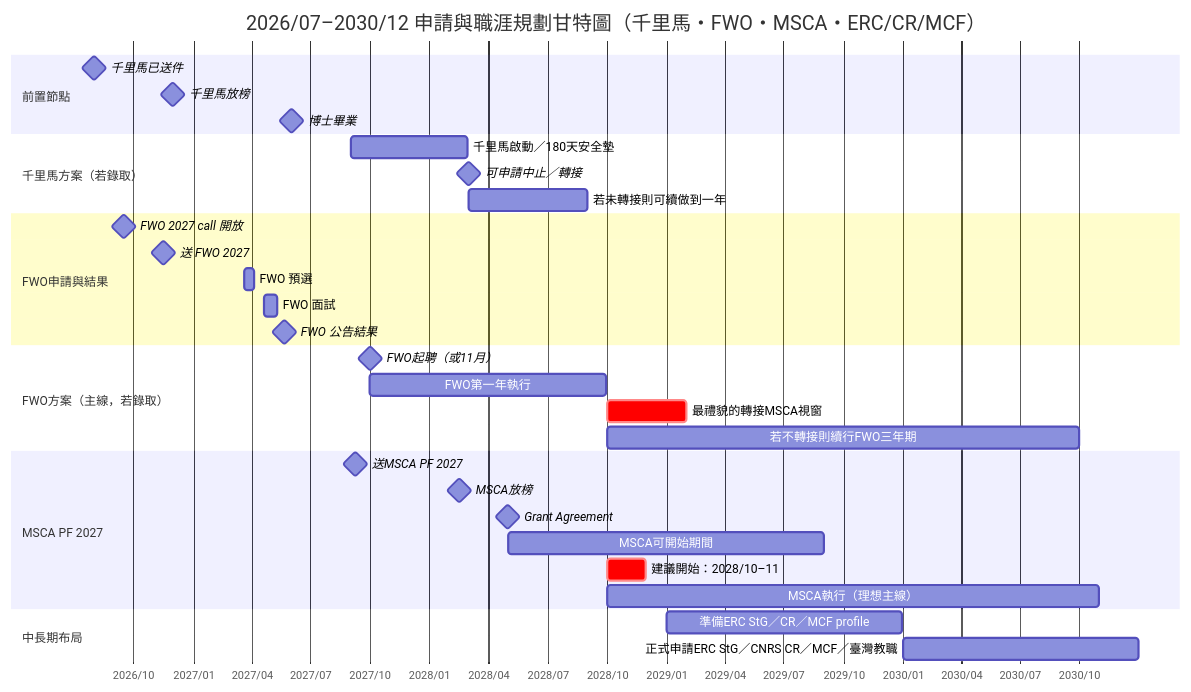
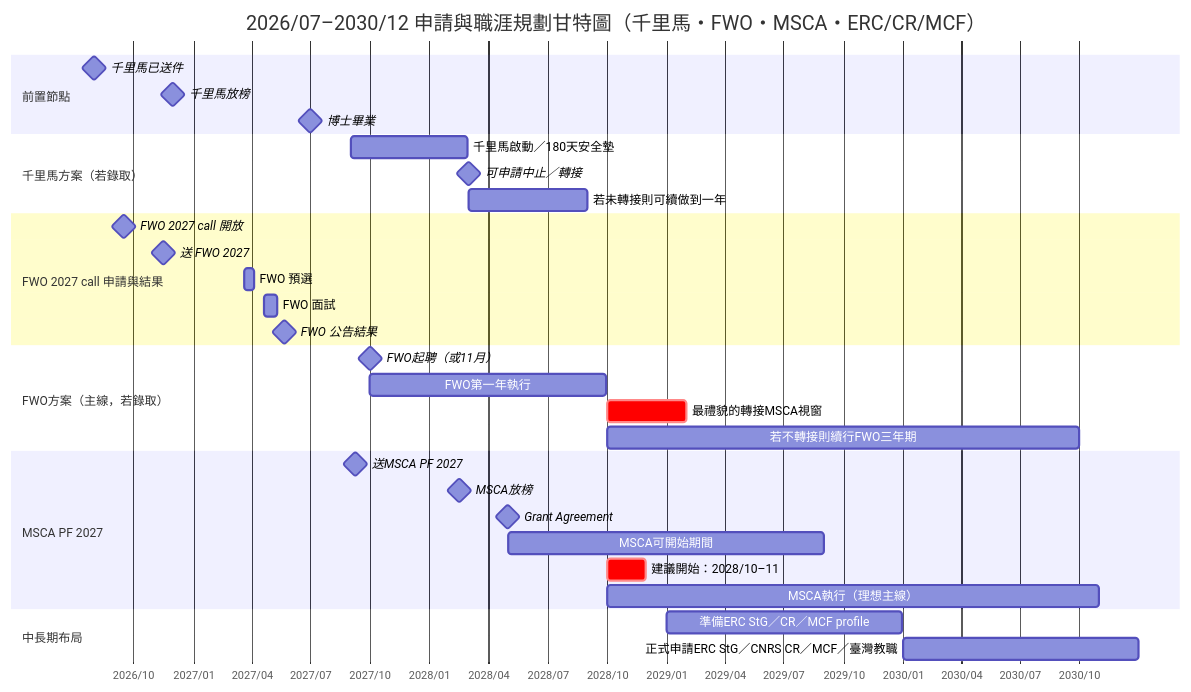
One commit to Taoyi-Chiang/postdoc changed the diagram in README.md. Above: the diagram before and after it, drawn with Mermaid.

````diff
--- a/README.md
+++ b/README.md
@@ -1,41 +1,41 @@
 ```mermaid
 gantt
     title 2026/07–2030/12 申請與職涯規劃甘特圖（千里馬・FWO・MSCA・ERC/CR/MCF）
     dateFormat  YYYY-MM-DD
     axisFormat  %Y/%m
 
     section 前置節點
     千里馬已送件                    :milestone, ksp_submit, 2026-07-31, 1d
     千里馬放榜                      :milestone, ksp_result, 2026-11-30, 1d
-    博士畢業                        :milestone, phd, 2027-06-1, 1d
+    博士畢業                        :milestone, phd, 2027-06-30, 1d
 
     section 千里馬方案（若錄取）
     千里馬啟動／180天安全墊          :ksp_180, 2027-09-01, 2028-02-28
     可申請中止／轉接                :milestone, ksp_stop, 2028-03-01, 1d
     若未轉接則可續做到一年           :ksp_1y, 2028-03-01, 2028-08-31
 
-    section FWO申請與結果
+    section FWO 2027 call 申請與結果
     FWO 2027 call 開放              :milestone, fwo_call_open, 2026-09-15, 1d
     送 FWO 2027                     :milestone, fwo_submit, 2026-11-15, 1d
     FWO 預選                        :fwo_preselect, 2027-03-20, 2027-04-05
     FWO 面試                        :fwo_interview, 2027-04-20, 2027-05-10
     FWO 公告結果                    :milestone, fwo_result, 2027-05-21, 1d
 
     section FWO方案（主線，若錄取）
     FWO起聘（或11月）                :milestone, fwo_start, 2027-10-01, 1d
     FWO第一年執行                   :fwo_y1, 2027-10-01, 2028-09-30
     最禮貌的轉接MSCA視窗             :crit, fwo_transition, 2028-10-01, 2029-01-31
     若不轉接則續行FWO三年期          :fwo_full, 2028-10-01, 2030-09-30
 
     section MSCA PF 2027
     送MSCA PF 2027                  :milestone, msca_submit, 2027-09-08, 1d
     MSCA放榜                        :milestone, msca_result, 2028-02-15, 1d
     Grant Agreement                 :milestone, msca_ga, 2028-04-30, 1d
     MSCA可開始期間                  :msca_start_window, 2028-05-01, 2029-09-01
     建議開始：2028/10–11            :crit, msca_best_start, 2028-10-01, 2028-11-30
     MSCA執行（理想主線）             :msca_run, 2028-10-01, 2030-10-31
 
     section 中長期布局
     準備ERC StG／CR／MCF profile     :profile, 2029-01-01, 2029-12-31
     正式申請ERC StG／CNRS CR／MCF／臺灣教職 :applications, 2030-01-01, 2030-12-31
 ```
````
